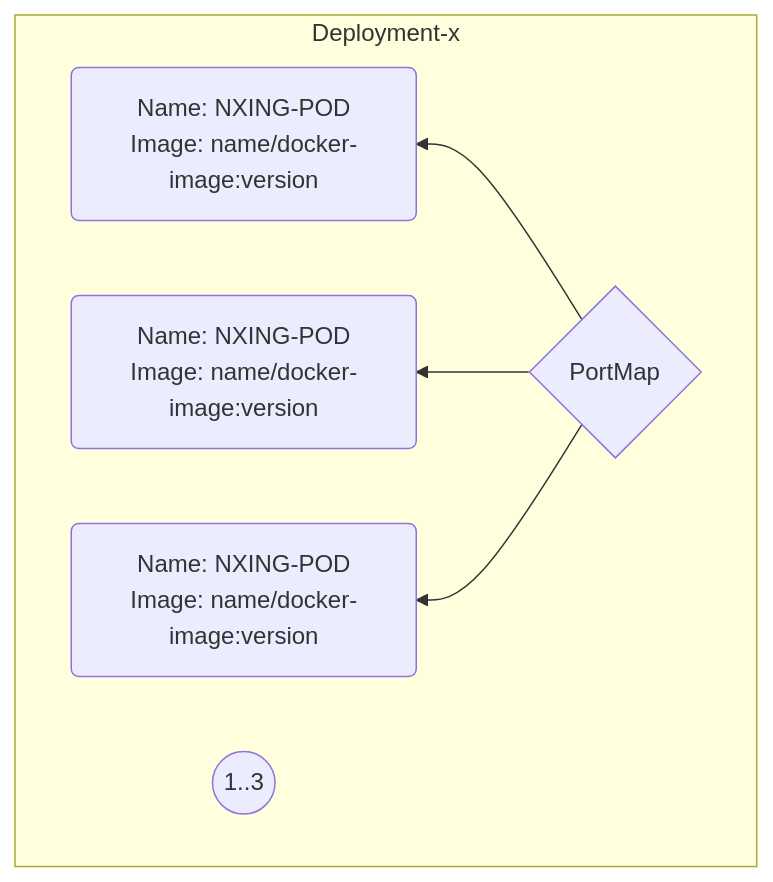
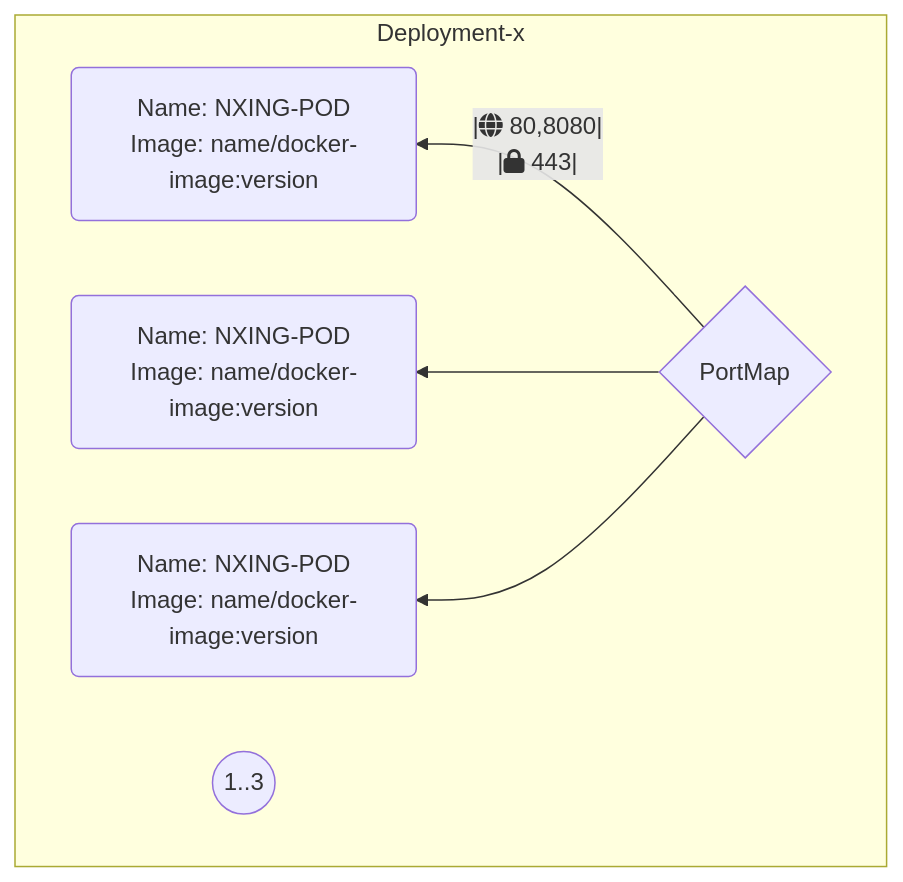
Before and after one commit to TimRoos98/rendering: the diagram in README.md, drawn with Mermaid.

````diff
--- a/README.md
+++ b/README.md
@@ -1,14 +1,15 @@
 ```mermaid
 flowchart TD
     subgraph Deployment-x
         direction RL
         G{PortMap}
         scalar((1..3))
-        G-->Container-1("`Name: NXING-POD
+        G--|fa:fa-globe 80,8080|
+        |fa:fa-lock 443|-->Container-1("`Name: NXING-POD
                         Image: name/docker-image:version`")
         G-->Container-2("`Name: NXING-POD
                         Image: name/docker-image:version`")
         G-->Container-3("`Name: NXING-POD
                         Image: name/docker-image:version`")
     end
 ```
````
